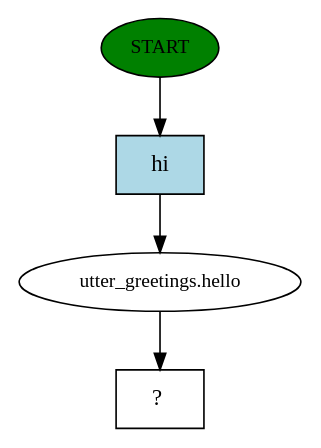
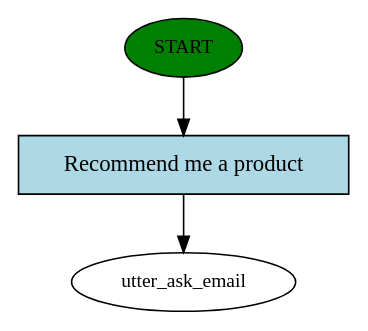
The diagram in story_graph.dot (ParthaSarathiNayak/ChatbotPremier), drawn with Graphviz before and after one commit. The commit also changed 22 other files, not shown here.

```diff
--- a/story_graph.dot
+++ b/story_graph.dot
@@ -1,9 +1,7 @@
 digraph  {
 0 [class="start active", fillcolor=green, fontsize=12, label=START, style=filled];
-1 [class=active, fontsize=12, label="utter_greetings.hello"];
-2 [class="intent dashed active", label="  ?  ", shape=rect];
-3 [class="intent active", fillcolor=lightblue, label=hi, shape=rect, style=filled];
-0 -> 3  [class=active, key=0];
-1 -> 2  [class=active, key=NONE, label=""];
-3 -> 1  [class=active, key=0];
+1 [class="dashed active", fontsize=12, label=utter_ask_email];
+2 [class="intent active", fillcolor=lightblue, label="Recommend me a product", shape=rect, style=filled];
+0 -> 2  [class=active, key=0];
+2 -> 1  [class=active, key=0];
 }
```
